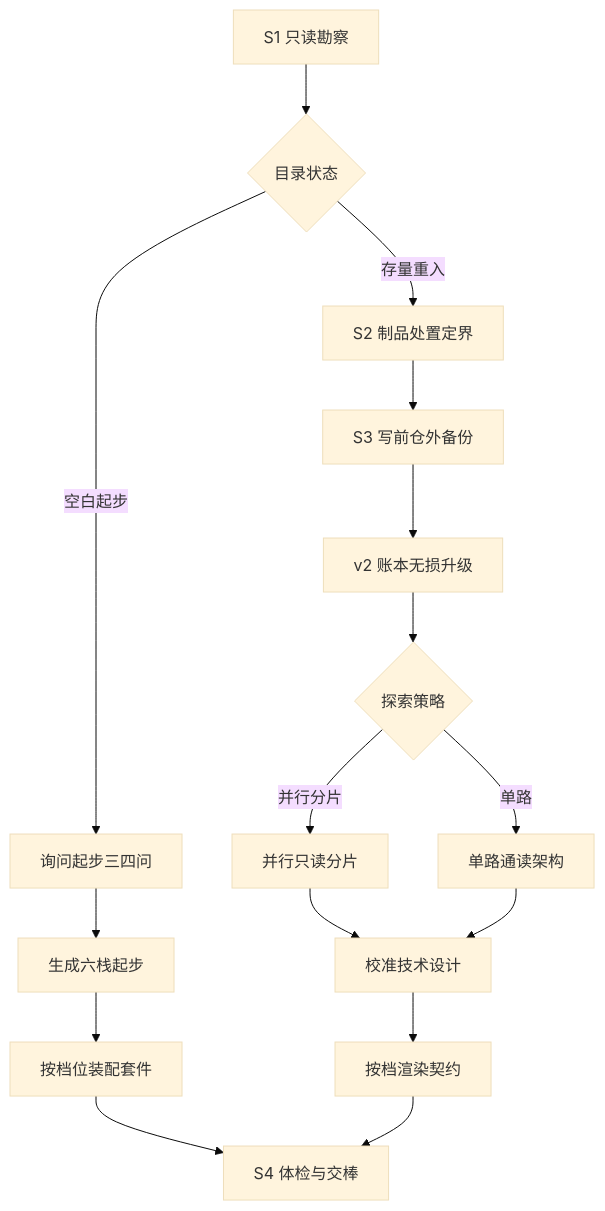
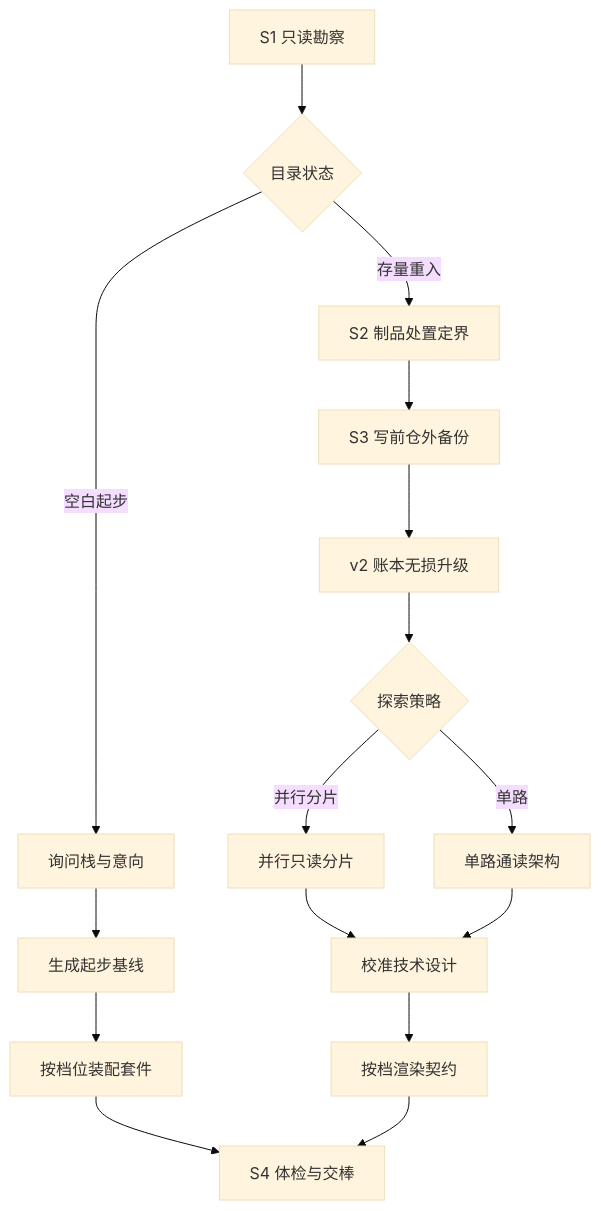
Before and after one commit to FiretrUCK666/project-forge: the second of 5 diagrams in docs/TDD.md, drawn with Mermaid (base theme). The commit also changed other lines of this file and 2 other files, not shown here.

````diff
--- a/docs/TDD.md
+++ b/docs/TDD.md
@@ -166,20 +176,20 @@
 ```mermaid
 flowchart TD
   S1["S1 只读勘察"] --> Branch{"目录状态"}
-  Branch -- "空白起步" --> Ask["询问起步三四问"]
-  Ask --> Boot["生成六栈起步"]
+  Branch -- "空白起步" --> Ask["询问栈与意向"]
+  Ask --> Boot["生成起步基线"]
   Boot --> S3Kit["按档位装配套件"]
 
   Branch -- "存量重入" --> Plan["S2 制品处置定界"]
   Plan --> Snap["S3 写前仓外备份"]
   Snap --> Equip["v2 账本无损升级"]
   Equip --> Explore{"探索策略"}
   Explore -- "并行分片" --> Shards["并行只读分片"]
   Explore -- "单路" --> Single["单路通读架构"]
   Shards --> TDDWrite["校准技术设计"]
   Single --> TDDWrite
   TDDWrite --> Compose["按档渲染契约"]
 
   S3Kit --> S4["S4 体检与交棒"]
   Compose --> S4
 ```
````
